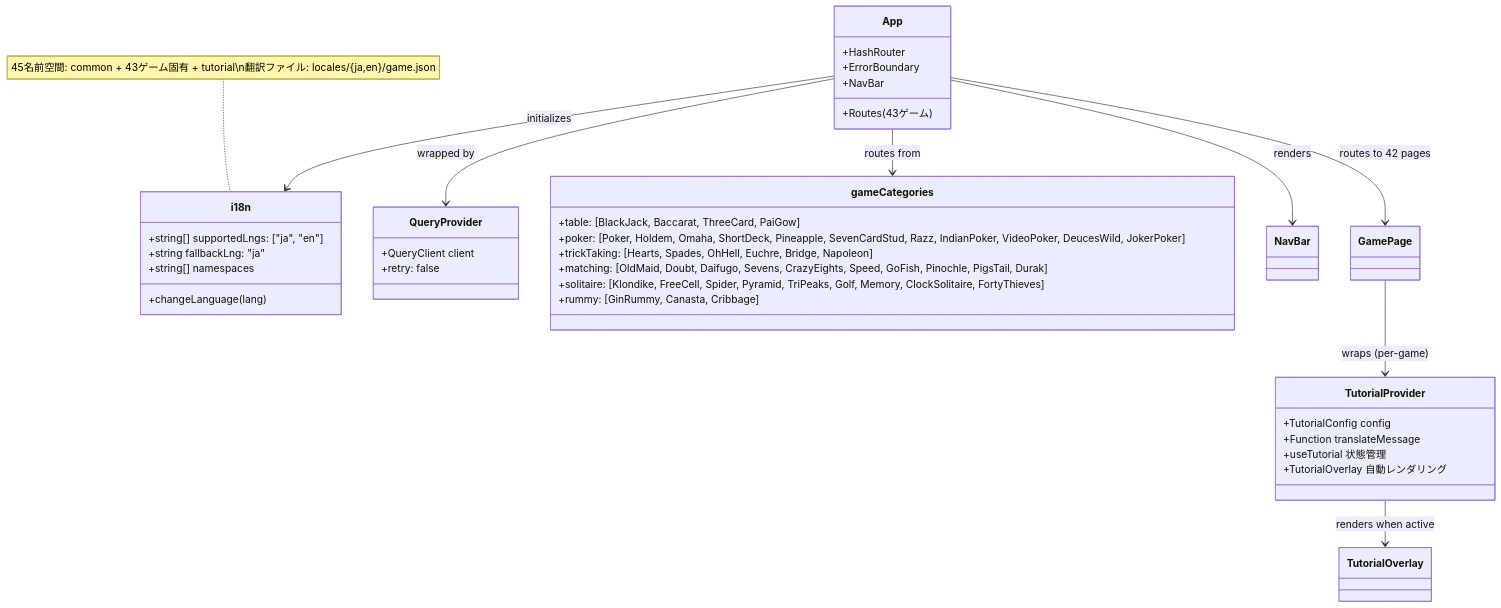
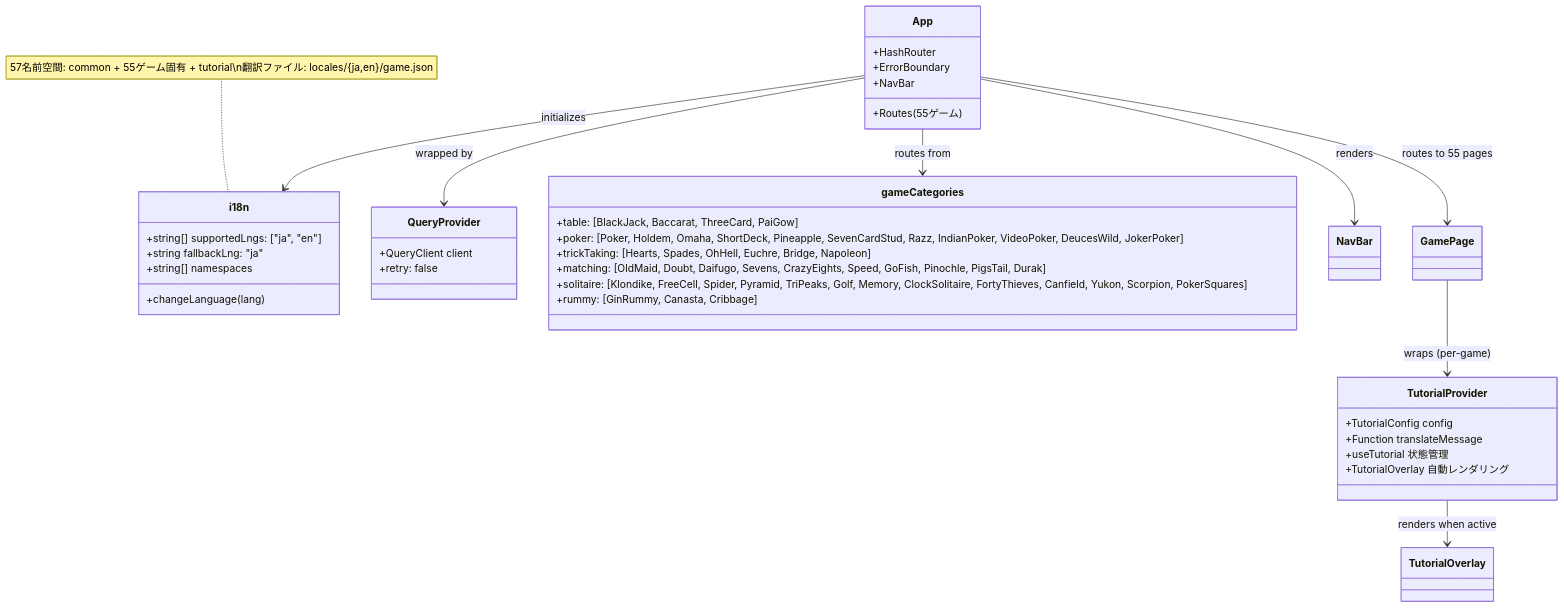
One commit to yuta-yoshinaga/go_trumpcards changed the ninth of 38 diagrams in docs/design/frontend.md. Above: the diagram before and after it, drawn with Mermaid. The commit also changed other lines of this file and 2 other files, not shown here.

First line of the commit message:
docs: sync architecture/design docs with Scorpion + 55-game count

````diff
--- a/docs/design/frontend.md
+++ b/docs/design/frontend.md
@@ -1820,47 +1821,47 @@
 ```mermaid
 classDiagram
     class i18n {
         +string[] supportedLngs: ["ja", "en"]
         +string fallbackLng: "ja"
         +string[] namespaces
         +changeLanguage(lang)
     }
 
     class QueryProvider {
         +QueryClient client
         +retry: false
     }
 
     class App {
         +HashRouter
         +ErrorBoundary
         +NavBar
-        +Routes (43ゲーム)
+        +Routes (55ゲーム)
     }
 
     class gameCategories {
         +table: [BlackJack, Baccarat, ThreeCard, PaiGow]
         +poker: [Poker, Holdem, Omaha, ShortDeck, Pineapple, SevenCardStud, Razz, IndianPoker, VideoPoker, DeucesWild, JokerPoker]
         +trickTaking: [Hearts, Spades, OhHell, Euchre, Bridge, Napoleon]
         +matching: [OldMaid, Doubt, Daifugo, Sevens, CrazyEights, Speed, GoFish, Pinochle, PigsTail, Durak]
-        +solitaire: [Klondike, FreeCell, Spider, Pyramid, TriPeaks, Golf, Memory, ClockSolitaire, FortyThieves]
+        +solitaire: [Klondike, FreeCell, Spider, Pyramid, TriPeaks, Golf, Memory, ClockSolitaire, FortyThieves, Canfield, Yukon, Scorpion, PokerSquares]
         +rummy: [GinRummy, Canasta, Cribbage]
     }
 
     class TutorialProvider {
         +TutorialConfig config
         +Function translateMessage
         +useTutorial 状態管理
         +TutorialOverlay 自動レンダリング
     }
 
     App --> QueryProvider : wrapped by
     App --> i18n : initializes
     App --> gameCategories : routes from
     App --> NavBar : renders
-    App --> GamePage : routes to 42 pages
+    App --> GamePage : routes to 55 pages
     GamePage --> TutorialProvider : wraps (per-game)
     TutorialProvider --> TutorialOverlay : renders when active
 
-    note for i18n "45名前空間: common + 43ゲーム固有 + tutorial\n翻訳ファイル: locales/{ja,en}/game.json"
+    note for i18n "57名前空間: common + 55ゲーム固有 + tutorial\n翻訳ファイル: locales/{ja,en}/game.json"
 ```
````
